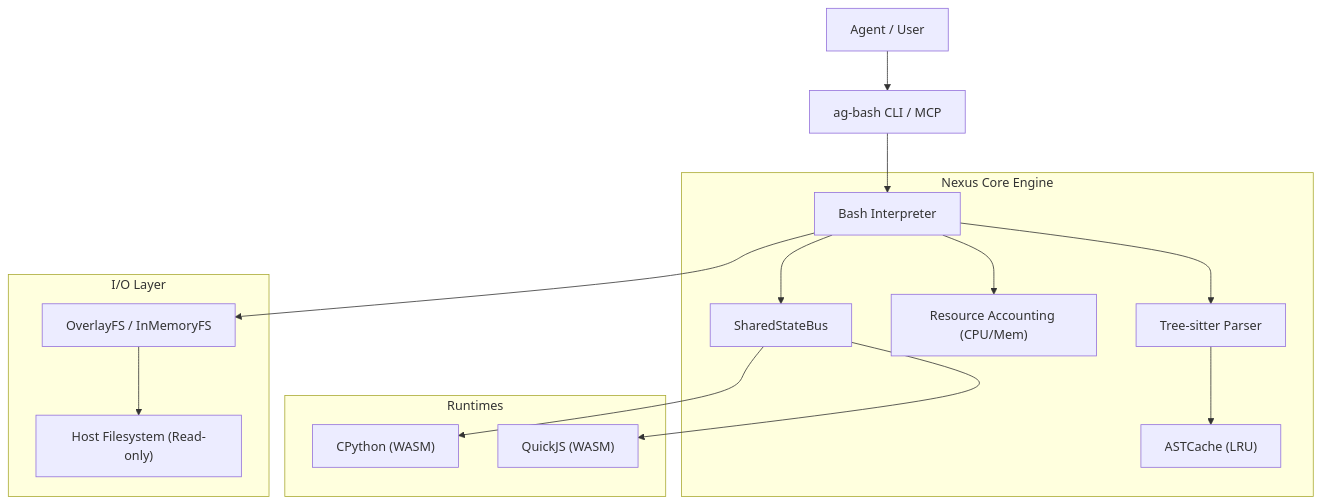
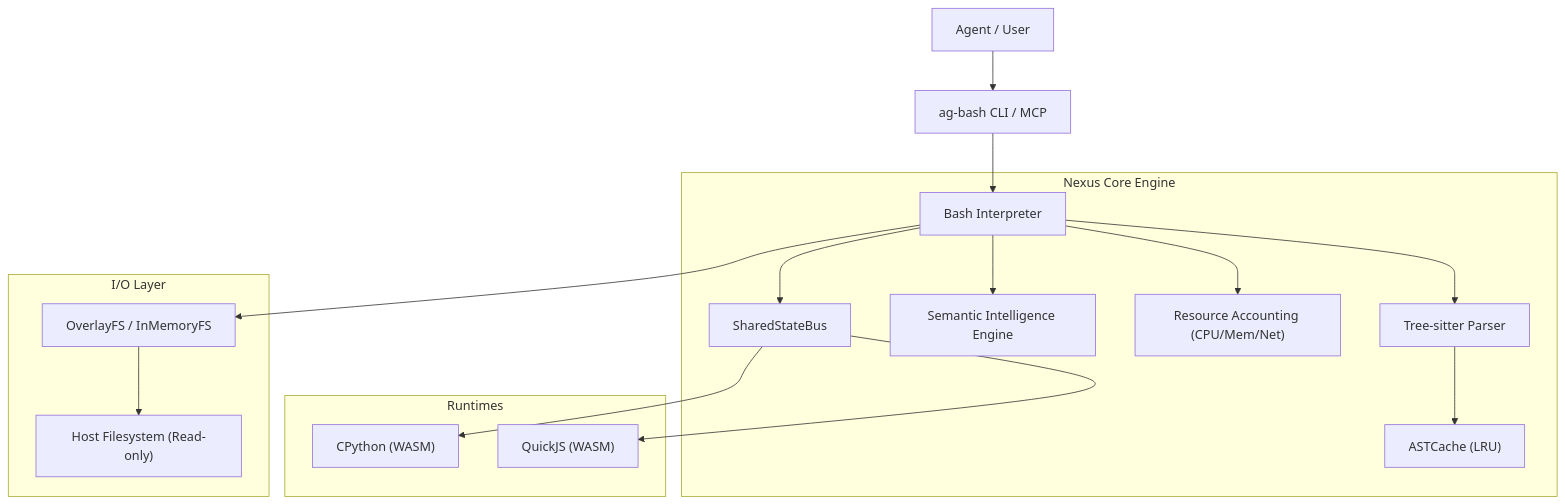
Before and after one commit to sairam0424/ag-bash: the diagram in docs/ARCHITECTURE.md, drawn with Mermaid. The commit also changed other lines of this file and 85 other files, not shown here.

Commit message:
release: v2.0.0 Nexus Prime - semantic suite, resource governance, and monorepo sync

````diff
--- a/docs/ARCHITECTURE.md
+++ b/docs/ARCHITECTURE.md
@@ -11,22 +11,23 @@
 ```mermaid
 graph TD
     User["Agent / User"] --> CLI["ag-bash CLI / MCP"]
     CLI --> Interpreter["Bash Interpreter"]
     
     subgraph "Nexus Core Engine"
         Interpreter --> Parser["Tree-sitter Parser"]
         Parser --> ASTCache["ASTCache (LRU)"]
-        Interpreter --> Accounting["Resource Accounting (CPU/Mem)"]
+        Interpreter --> Semantic["Semantic Intelligence Engine"]
+        Interpreter --> Accounting["Resource Accounting (CPU/Mem/Net)"]
         Interpreter --> SharedBus["SharedStateBus"]
     end
     
     subgraph "Runtimes"
         SharedBus --> Python["CPython (WASM)"]
         SharedBus --> JS["QuickJS (WASM)"]
     end
     
     subgraph "I/O Layer"
         Interpreter --> VFS["OverlayFS / InMemoryFS"]
         VFS --> RealFS["Host Filesystem (Read-only)"]
     end
 ```
````
